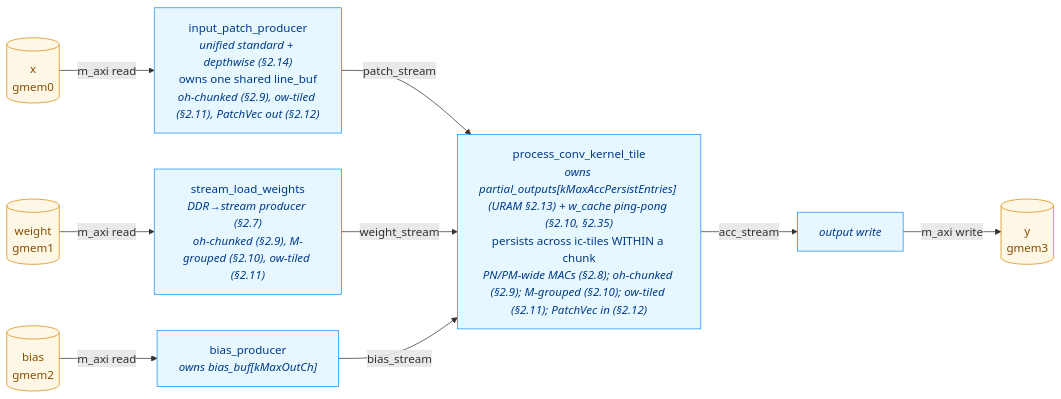
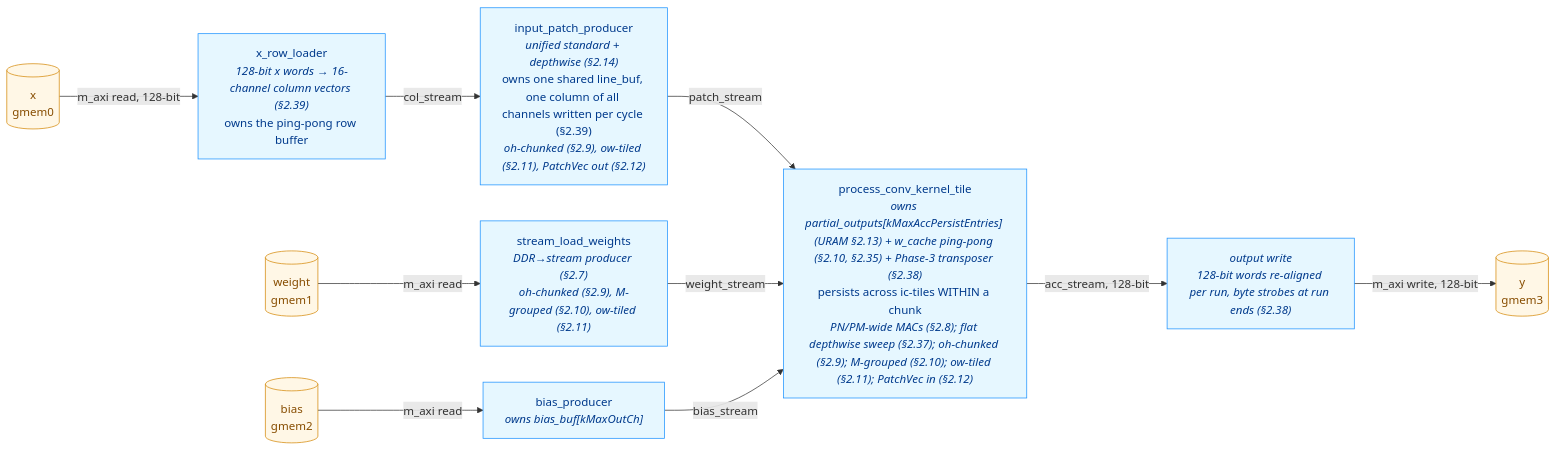
The diagram in doc/CONV_OPTIMISATION.md (phoenix367/cormorant), drawn with Mermaid before and after one commit. The commit also changed other lines of this file and 7 other files, not shown here.

````diff
--- a/doc/CONV_OPTIMISATION.md
+++ b/doc/CONV_OPTIMISATION.md
@@ -1644,26 +1759,28 @@
 ```mermaid
 flowchart LR
     DDR_X[("x<br/>gmem0")]
     DDR_W[("weight<br/>gmem1")]
     DDR_B[("bias<br/>gmem2")]
     DDR_Y[("y<br/>gmem3")]
-    IPP["input_patch_producer<br/><i>unified standard + depthwise (§2.14)</i><br/>owns one shared line_buf<br/><i>oh-chunked (§2.9), ow-tiled (§2.11), PatchVec out (§2.12)</i>"]
+    XRL["x_row_loader<br/><i>128-bit x words → 16-channel column vectors (§2.39)</i><br/>owns the ping-pong row buffer"]
+    IPP["input_patch_producer<br/><i>unified standard + depthwise (§2.14)</i><br/>owns one shared line_buf, one column of all channels written per cycle (§2.39)<br/><i>oh-chunked (§2.9), ow-tiled (§2.11), PatchVec out (§2.12)</i>"]
     SLW["stream_load_weights<br/><i>DDR→stream producer (§2.7)</i><br/><i>oh-chunked (§2.9), M-grouped (§2.10), ow-tiled (§2.11)</i>"]
     BP["bias_producer<br/><i>owns bias_buf[kMaxOutCh]</i>"]
-    PCT["process_conv_kernel_tile<br/><i>owns partial_outputs[kMaxAccPersistEntries] (URAM §2.13) + w_cache ping-pong (§2.10, §2.35)</i><br/>persists across ic-tiles WITHIN a chunk<br/><i>PN/PM-wide MACs (§2.8); oh-chunked (§2.9); M-grouped (§2.10); ow-tiled (§2.11); PatchVec in (§2.12)</i>"]
-    WO["<i>output write</i>"]
+    PCT["process_conv_kernel_tile<br/><i>owns partial_outputs[kMaxAccPersistEntries] (URAM §2.13) + w_cache ping-pong (§2.10, §2.35) + Phase-3 transposer (§2.38)</i><br/>persists across ic-tiles WITHIN a chunk<br/><i>PN/PM-wide MACs (§2.8); flat depthwise sweep (§2.37); oh-chunked (§2.9); M-grouped (§2.10); ow-tiled (§2.11); PatchVec in (§2.12)</i>"]
+    WO["<i>output write</i><br/><i>128-bit words re-aligned per run, byte strobes at run ends (§2.38)</i>"]
 
-    DDR_X -->|m_axi read| IPP
+    DDR_X -->|m_axi read, 128-bit| XRL
+    XRL -->|col_stream| IPP
     DDR_W -->|m_axi read| SLW
     DDR_B -->|m_axi read| BP
     IPP -->|patch_stream| PCT
     SLW -->|weight_stream| PCT
     BP -->|bias_stream| PCT
-    PCT -->|acc_stream| WO
-    WO -->|m_axi write| DDR_Y
+    PCT -->|acc_stream, 128-bit| WO
+    WO -->|m_axi write, 128-bit| DDR_Y
 
     classDef ddr fill:#fff7e6,stroke:#d48806,color:#874d00
     classDef stage fill:#e6f7ff,stroke:#1890ff,color:#003a8c
     class DDR_X,DDR_W,DDR_B,DDR_Y ddr
-    class IPP,SLW,BP,PCT,WO stage
+    class XRL,IPP,SLW,BP,PCT,WO stage
 ```
````
